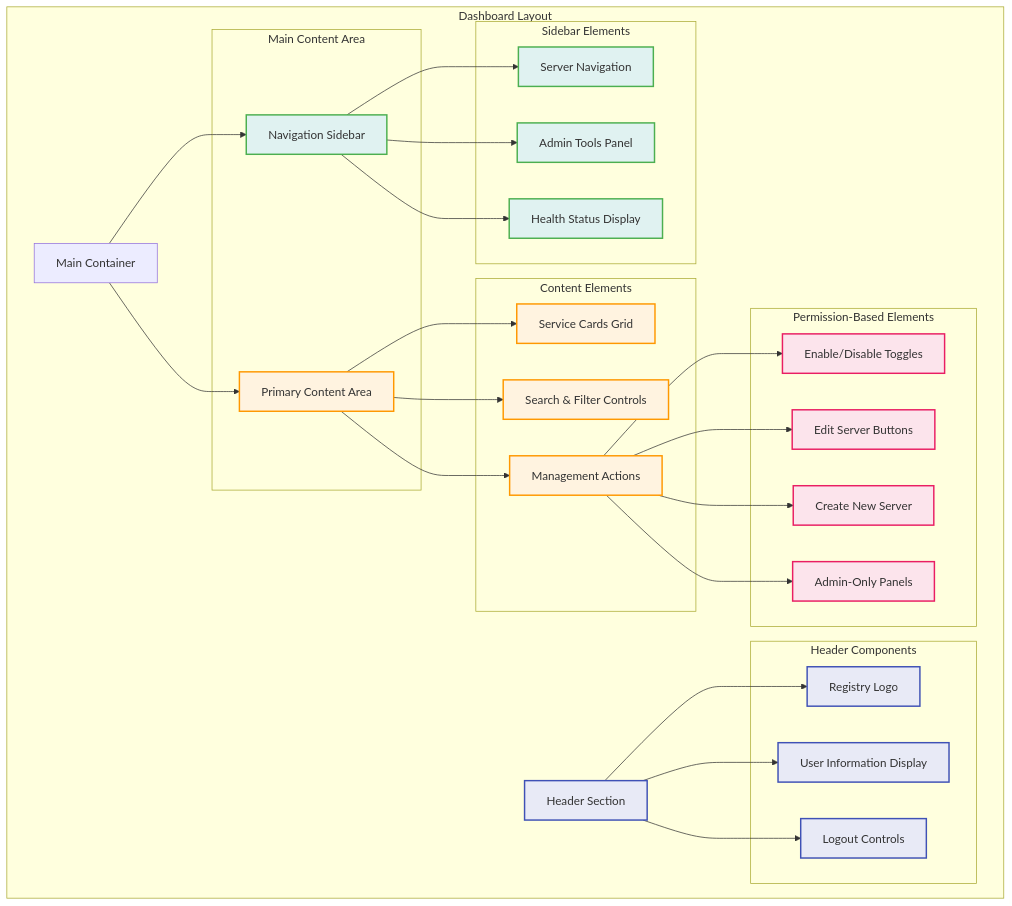
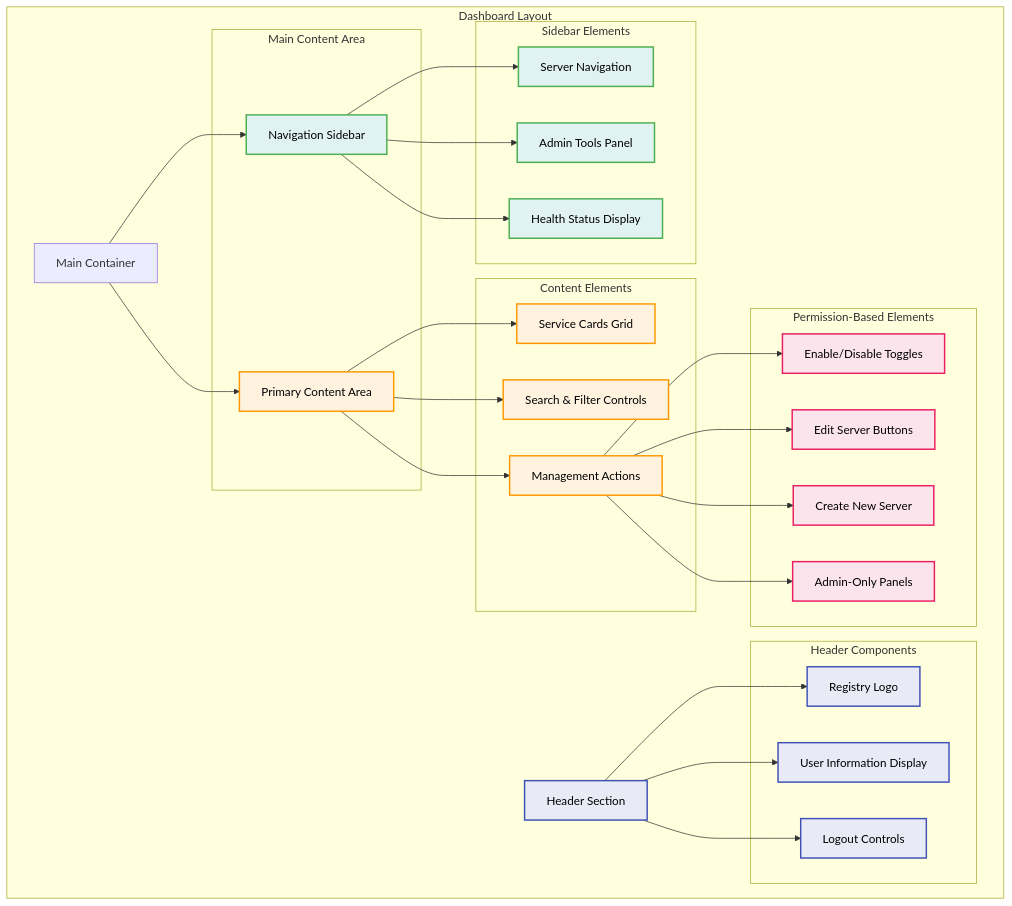
One commit to jrmatherly/mcp-registry-gateway changed the fifth of 12 diagrams in docs/registry-auth-detailed.md. Above: the diagram before and after it, drawn with Mermaid. The commit also changed other lines of this file and 3 other files, not shown here.

First line of the commit message:
``` docs: add explicit black text color to all Mermaid diagram styles for dark mode compatibility

````diff
--- a/docs/registry-auth-detailed.md
+++ b/docs/registry-auth-detailed.md
@@ -363,63 +363,63 @@
 ```mermaid
 graph TB
     subgraph "Dashboard Layout"
         HeaderSection[Header Section]
         MainContainer[Main Container]
 
         subgraph "Header Components"
             Logo[Registry Logo]
             UserInfo[User Information Display]
             LogoutControls[Logout Controls]
         end
 
         subgraph "Main Content Area"
             Sidebar[Navigation Sidebar]
             ContentArea[Primary Content Area]
         end
 
         subgraph "Sidebar Elements"
             ServerList[Server Navigation]
             AdminTools[Admin Tools Panel]
             HealthStatus[Health Status Display]
         end
 
         subgraph "Content Elements"
             ServiceGrid[Service Cards Grid]
             SearchFilters[Search & Filter Controls]
             ManagementControls[Management Actions]
         end
 
         subgraph "Permission-Based Elements"
             ToggleSwitches[Enable/Disable Toggles]
             EditButtons[Edit Server Buttons]
             CreateButtons[Create New Server]
             AdminPanels[Admin-Only Panels]
         end
     end
 
     HeaderSection --> Logo
     HeaderSection --> UserInfo
     HeaderSection --> LogoutControls
     MainContainer --> Sidebar
     MainContainer --> ContentArea
     Sidebar --> ServerList
     Sidebar --> AdminTools
     Sidebar --> HealthStatus
     ContentArea --> ServiceGrid
     ContentArea --> SearchFilters
     ContentArea --> ManagementControls
     ManagementControls --> ToggleSwitches
     ManagementControls --> EditButtons
     ManagementControls --> CreateButtons
     ManagementControls --> AdminPanels
 
-    classDef header fill:#e8eaf6,stroke:#3f51b5,stroke-width:2px
-    classDef sidebar fill:#e0f2f1,stroke:#4caf50,stroke-width:2px
-    classDef content fill:#fff3e0,stroke:#ff9800,stroke-width:2px
-    classDef permissions fill:#fce4ec,stroke:#e91e63,stroke-width:2px
+    classDef header fill:#e8eaf6,stroke:#3f51b5,stroke-width:2px,color:#000
+    classDef sidebar fill:#e0f2f1,stroke:#4caf50,stroke-width:2px,color:#000
+    classDef content fill:#fff3e0,stroke:#ff9800,stroke-width:2px,color:#000
+    classDef permissions fill:#fce4ec,stroke:#e91e63,stroke-width:2px,color:#000
 
     class HeaderSection,Logo,UserInfo,LogoutControls header
     class Sidebar,ServerList,AdminTools,HealthStatus sidebar
     class ContentArea,ServiceGrid,SearchFilters,ManagementControls content
     class ToggleSwitches,EditButtons,CreateButtons,AdminPanels permissions
 ```
````
